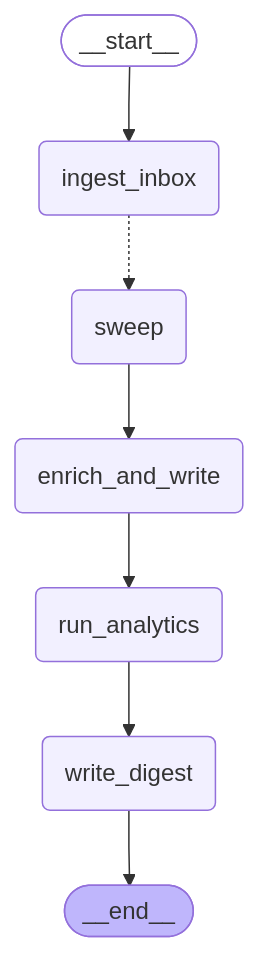
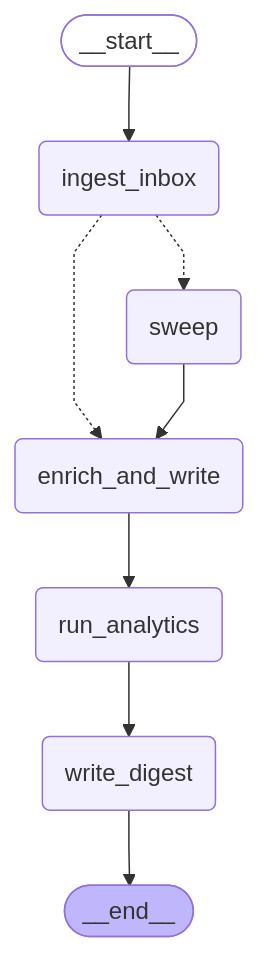
Before and after one commit to axelarator/AgenTIP: the diagram in docs/graph-collect.mmd, drawn with Mermaid. The commit also changed 6 other files, not shown here.

First line of the commit message:
Fix two collect-graph bugs found by the digest-parity check

```diff
--- a/docs/graph-collect.mmd
+++ b/docs/graph-collect.mmd
@@ -1,22 +1,23 @@
 ---
 config:
   flowchart:
     curve: linear
 ---
 graph TD;
 	__start__([<p>__start__</p>]):::first
 	ingest_inbox(ingest_inbox)
 	sweep(sweep)
 	enrich_and_write(enrich_and_write)
 	run_analytics(run_analytics)
 	write_digest(write_digest)
 	__end__([<p>__end__</p>]):::last
 	__start__ --> ingest_inbox;
 	enrich_and_write --> run_analytics;
+	ingest_inbox -.-> enrich_and_write;
 	ingest_inbox -.-> sweep;
 	run_analytics --> write_digest;
 	sweep --> enrich_and_write;
 	write_digest --> __end__;
 	classDef default fill:#f2f0ff,line-height:1.2
 	classDef first fill-opacity:0
 	classDef last fill:#bfb6fc
```
